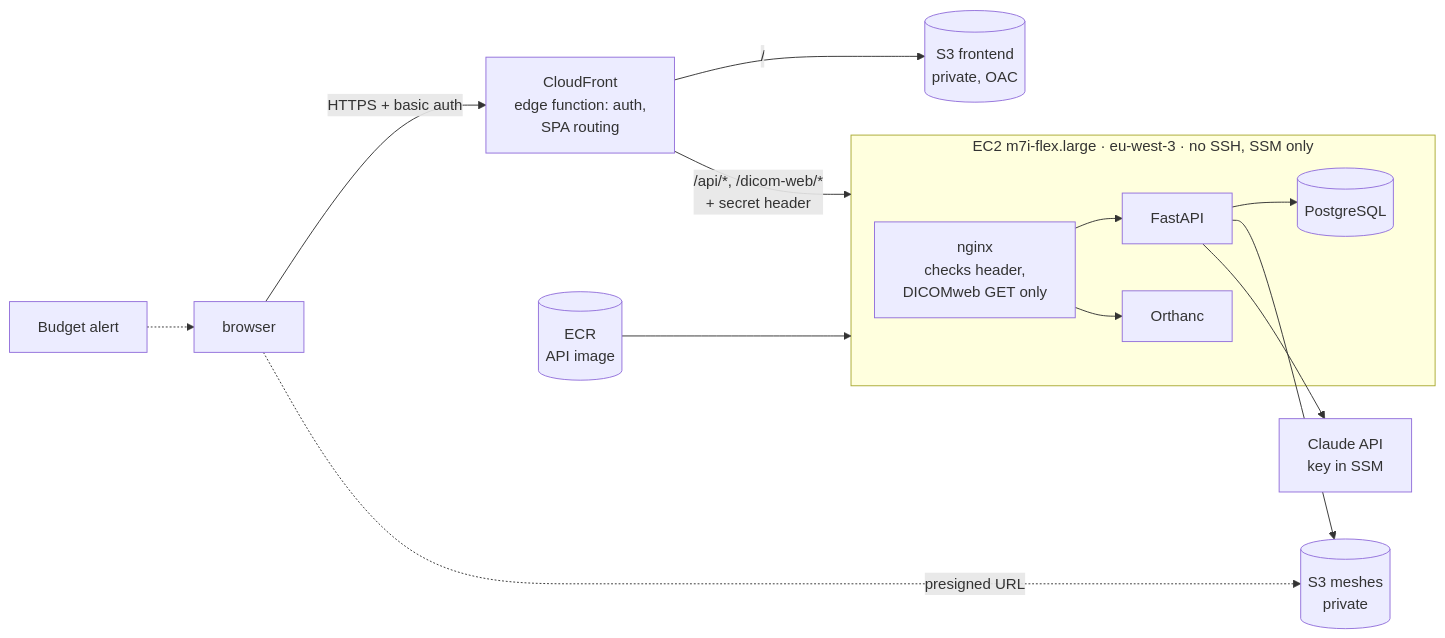
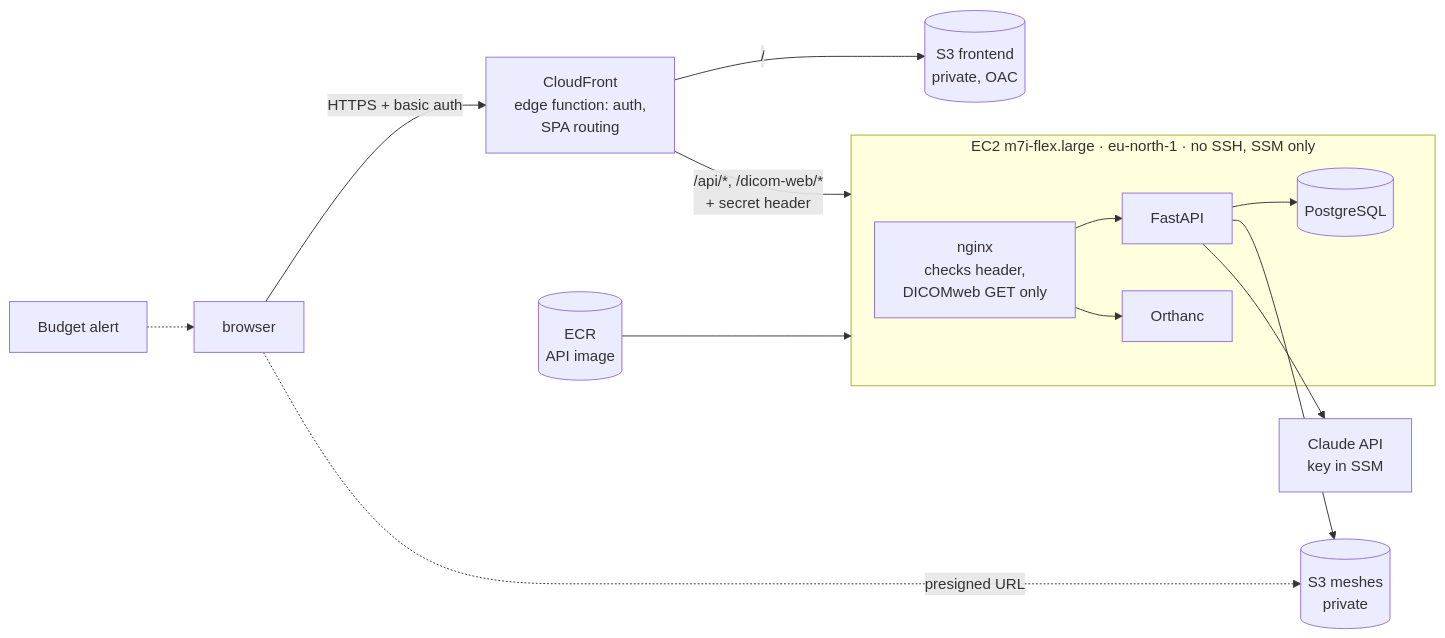
Before and after one commit to ZeeetOne/CochleaHub: the second of 2 diagrams in docs/architecture/08-evaluation-deploy.md, drawn with Mermaid. The commit also changed 4 other files, not shown here.

Commit message:
feat(deploy): target eu-north-1, the only region the AWS account allows; record D23

````diff
--- a/docs/architecture/08-evaluation-deploy.md
+++ b/docs/architecture/08-evaluation-deploy.md
@@ -62,16 +62,16 @@
 ```mermaid
 flowchart LR
     U["browser"] -->|HTTPS + basic auth| CF["CloudFront<br/>edge function: auth,<br/>SPA routing"]
     CF -->|"/"| S3F[("S3 frontend<br/>private, OAC")]
     CF -->|"/api/*, /dicom-web/*<br/>+ secret header"| EC2
-    subgraph EC2["EC2 m7i-flex.large · eu-west-3 · no SSH, SSM only"]
+    subgraph EC2["EC2 m7i-flex.large · eu-north-1 · no SSH, SSM only"]
         NG["nginx<br/>checks header,<br/>DICOMweb GET only"] --> API["FastAPI"]
         NG --> OR["Orthanc"]
         API --> PG[("PostgreSQL")]
     end
     API --> S3M[("S3 meshes<br/>private")]
     U -. "presigned URL" .-> S3M
     API --> CL["Claude API<br/>key in SSM"]
     ECR[("ECR<br/>API image")] --> EC2
     BUD["Budget alert"] -.-> U
 ```
````
